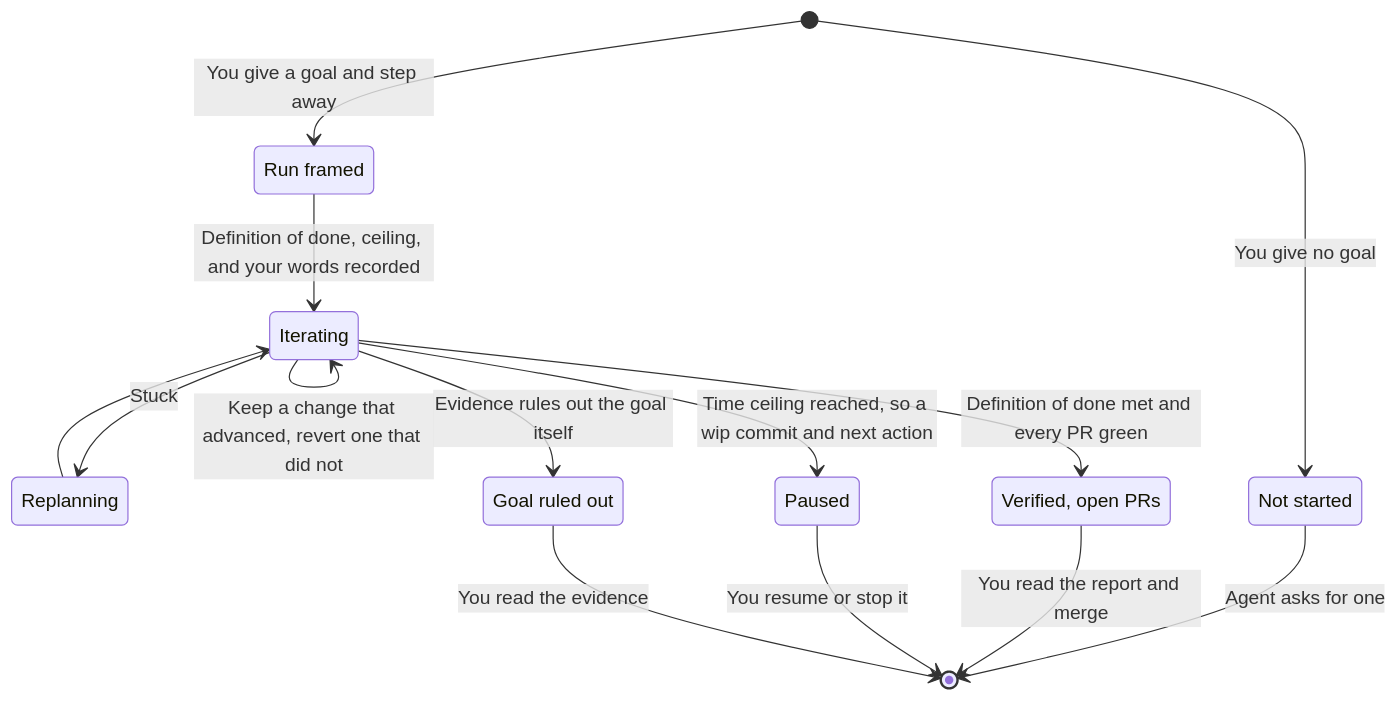
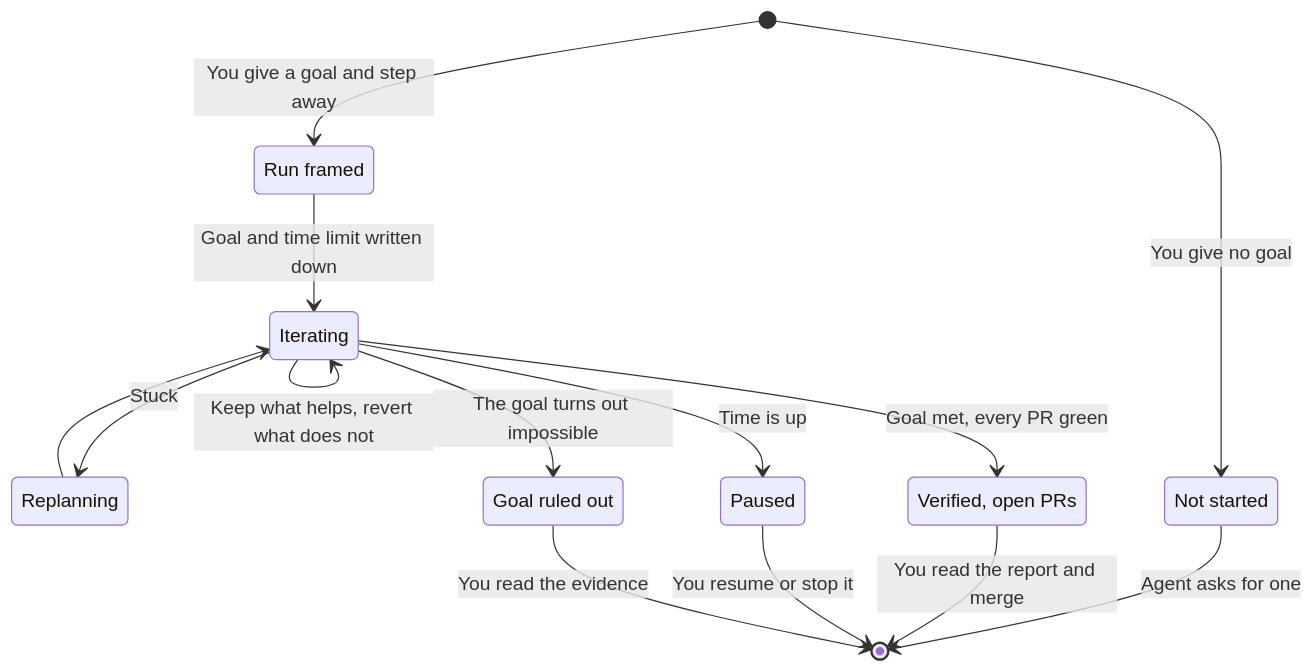
Before and after one commit to jvillegasd/harness: the second of 4 diagrams in docs/workflow.md, drawn with Mermaid. The commit also changed other lines of this file and 3 other files, not shown here.

First line of the commit message:
docs: shorten the Mermaid diagram labels (#182)

````diff
--- a/docs/workflow.md
+++ b/docs/workflow.md
@@ -147,24 +147,24 @@
 ```mermaid
 stateDiagram-v2
     state "Run framed" as Framed
     state "Iterating" as Iterating
     state "Replanning" as Replanning
     state "Verified, open PRs" as Done
     state "Paused" as Paused
     state "Goal ruled out" as RuledOut
     state "Not started" as NoGoal
 
     [*] --> Framed: You give a goal and step away
     [*] --> NoGoal: You give no goal
     NoGoal --> [*]: Agent asks for one
-    Framed --> Iterating: Definition of done, ceiling, and your words recorded
-    Iterating --> Iterating: Keep a change that advanced, revert one that did not
+    Framed --> Iterating: Goal and time limit written down
+    Iterating --> Iterating: Keep what helps, revert what does not
     Iterating --> Replanning: Stuck
     Replanning --> Iterating
-    Iterating --> Done: Definition of done met and every PR green
-    Iterating --> Paused: Time ceiling reached, so a wip commit and next action
-    Iterating --> RuledOut: Evidence rules out the goal itself
+    Iterating --> Done: Goal met, every PR green
+    Iterating --> Paused: Time is up
+    Iterating --> RuledOut: The goal turns out impossible
     Done --> [*]: You read the report and merge
     Paused --> [*]: You resume or stop it
     RuledOut --> [*]: You read the evidence
 ```
````
